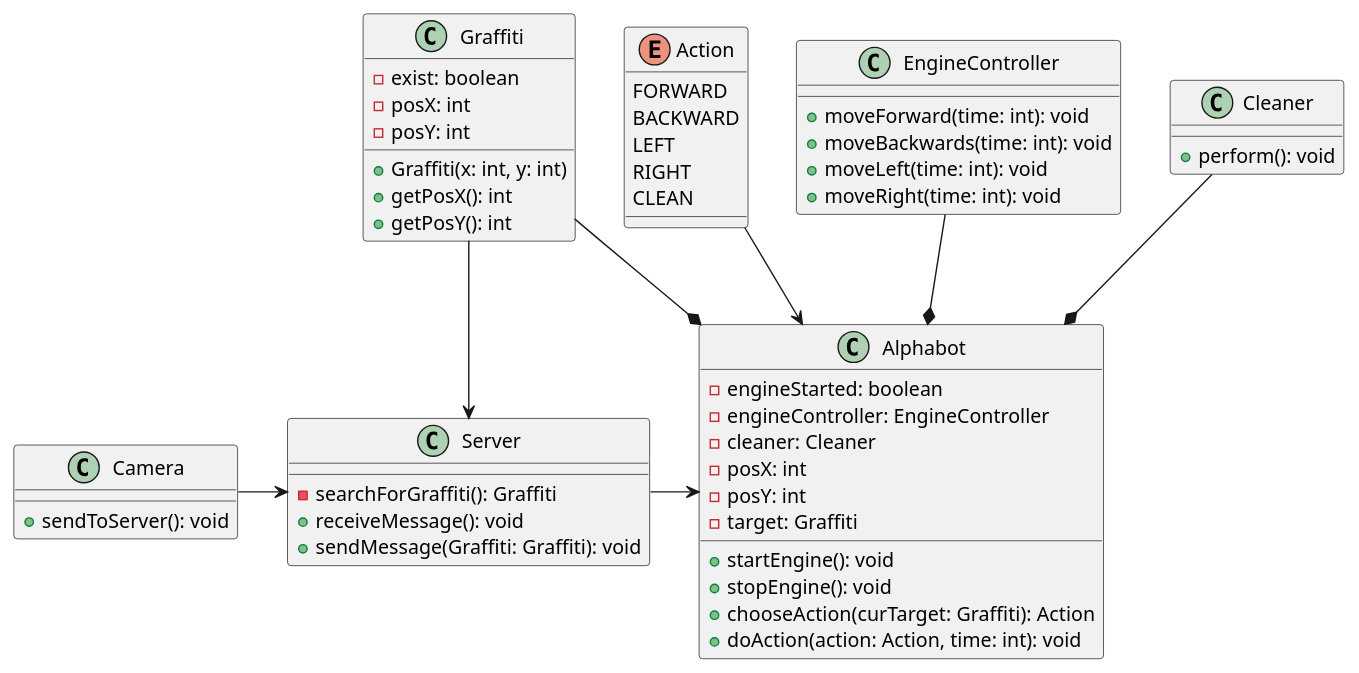
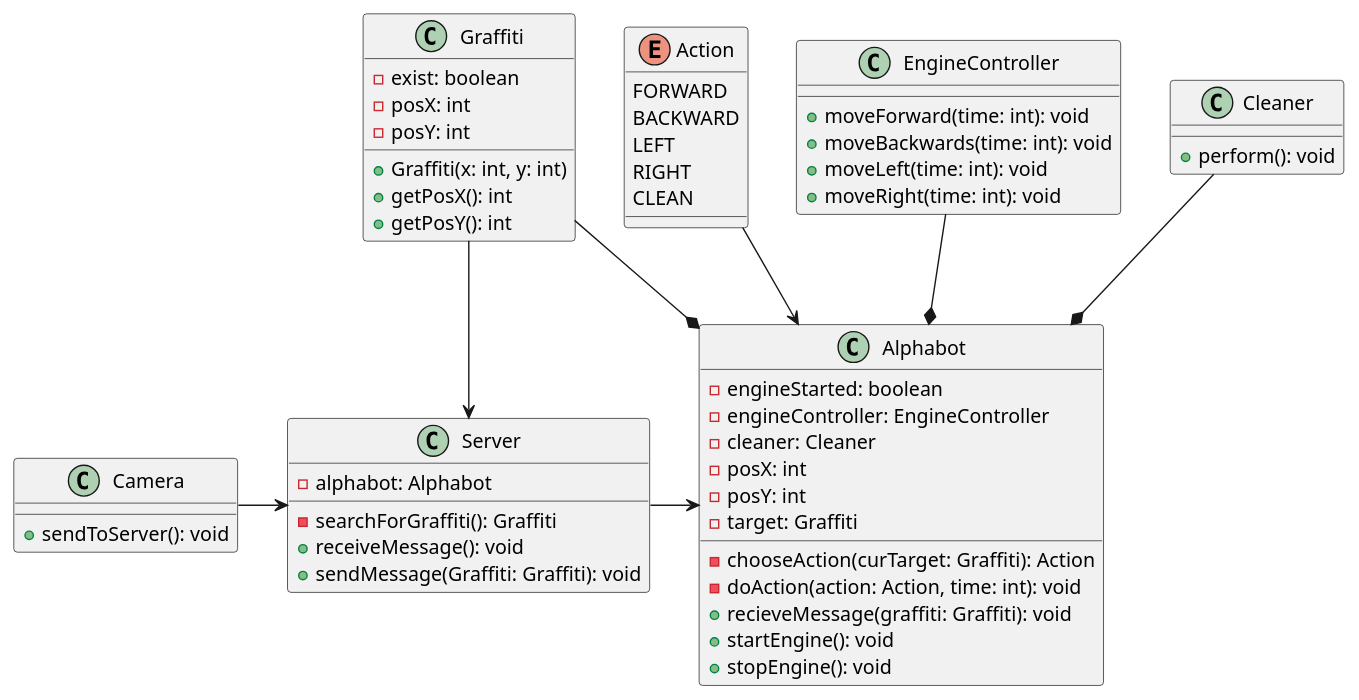
One commit to kolganovr/Alphabot changed the diagram in plantUML.wsd. Above: the diagram before and after it, drawn with PlantUML. The commit also changed 4 other files, not shown here.

Commit message:
UML update

```diff
--- a/plantUML.wsd
+++ b/plantUML.wsd
@@ -1,59 +1,61 @@
 @startuml Alphabot
 enum Action{
     FORWARD
     BACKWARD
     LEFT
     RIGHT
     CLEAN
 }
 
 class Alphabot {
     -engineStarted: boolean
     -engineController: EngineController
     -cleaner: Cleaner
     -posX: int
     -posY: int
     -target: Graffiti
+    -chooseAction(curTarget: Graffiti): Action
+    -doAction(action: Action, time: int): void
+    +recieveMessage(graffiti: Graffiti): void
     +startEngine(): void
     +stopEngine(): void
-    +chooseAction(curTarget: Graffiti): Action
-    +doAction(action: Action, time: int): void
 }
 
 class EngineController{
     +moveForward(time: int): void
     +moveBackwards(time: int): void
     +moveLeft(time: int): void
     +moveRight(time: int): void
 }
 
 class Cleaner {
     +perform(): void
 }
 
 class Camera {
     +sendToServer(): void
 }
 
 class Server {
+    -alphabot: Alphabot
     -searchForGraffiti(): Graffiti
     +receiveMessage(): void
     +sendMessage(Graffiti: Graffiti): void
 }
 
 class Graffiti{
     -exist: boolean
     -posX: int
     -posY: int
     +Graffiti(x: int, y: int)
     +getPosX(): int
     +getPosY(): int
 }
 EngineController --* Alphabot
 Cleaner --* Alphabot
 Graffiti --* Alphabot
 Action --> Alphabot
 Graffiti --> Server
 Camera -> Server
 Server -> Alphabot
 @enduml
```
